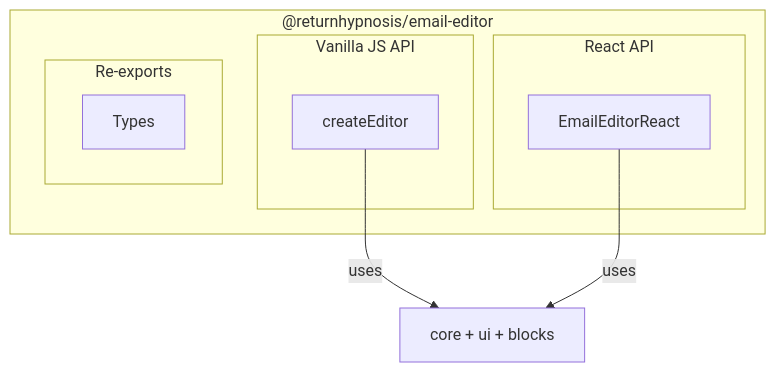
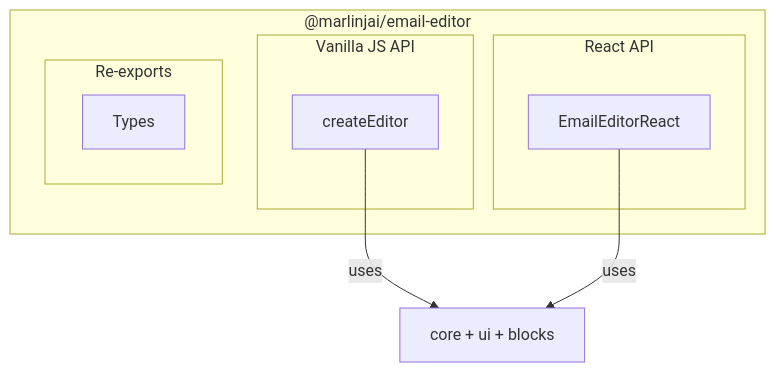
The fifth of 7 diagrams in docs/public/architecture.md (marlinjai/email-editor), drawn with Mermaid before and after one commit. The commit also changed other lines of this file and 71 other files, not shown here.

Commit message:
feat: rename packages from @returnhypnosis/ to @marlinjai/ scope

````diff
--- a/docs/public/architecture.md
+++ b/docs/public/architecture.md
@@ -209,19 +209,19 @@
 ```mermaid
 graph TB
-    subgraph "@returnhypnosis/email-editor"
+    subgraph "@marlinjai/email-editor"
         subgraph "Vanilla JS API"
             CREATE[createEditor]
         end
 
         subgraph "React API"
             REACT_COMP[EmailEditorReact]
         end
 
         subgraph "Re-exports"
             TYPES[Types]
         end
     end
 
     CREATE --> |uses| CORE_INT[core + ui + blocks]
     REACT_COMP --> |uses| CORE_INT
 ```
````
